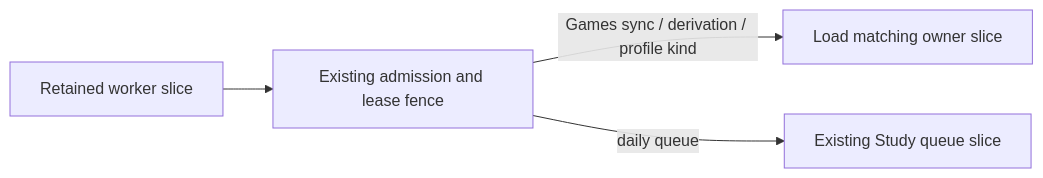
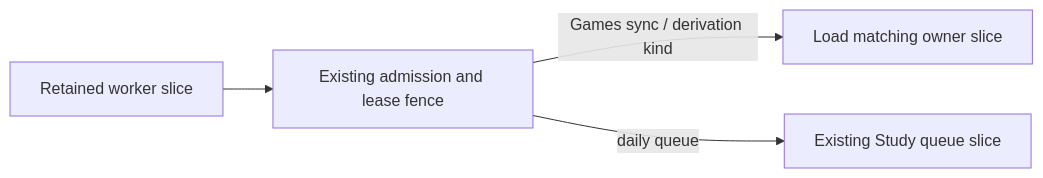
The tenth of 14 diagrams in backend/app/product_composition/README.md (aaweaver-actuary/tempo), drawn with Mermaid before and after one commit. The commit also changed other lines of this file and 11 other files, not shown here.

````diff
--- a/backend/app/product_composition/README.md
+++ b/backend/app/product_composition/README.md
@@ -694,6 +627,6 @@
 ```mermaid
 flowchart LR
   task["Retained worker slice"] --> fence["Existing admission and lease fence"]
-  fence -->|"Games sync / derivation / profile kind"| load["Load matching owner slice"]
+  fence -->|"Games sync / derivation kind"| load["Load matching owner slice"]
   fence -->|"daily queue"| queue["Existing Study queue slice"]
 ```
````
